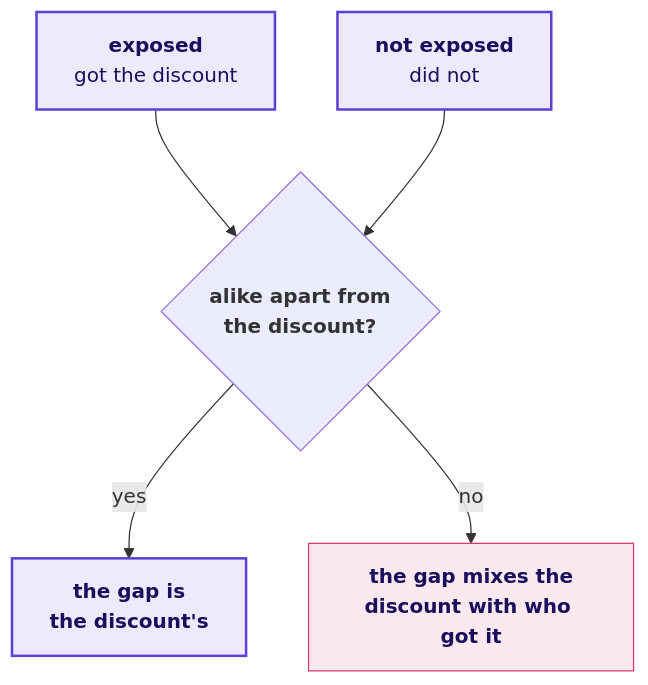
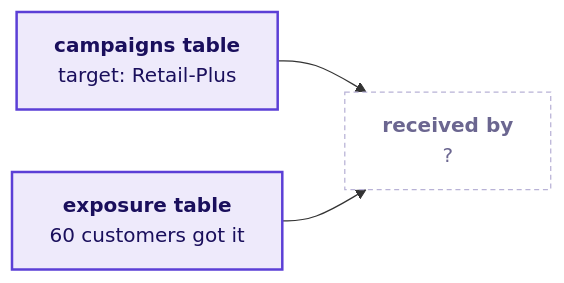
One commit to fde-academy-lab/c2-content-factory changed the second of 15 diagrams in content/W01/D4/slides/C2_W01_D04_half2_STUDENT.md. Above: the diagram before and after it, drawn with Mermaid. The commit also changed other lines of this file and 13 other files, not shown here.

````diff
--- a/content/W01/D4/slides/C2_W01_D04_half2_STUDENT.md
+++ b/content/W01/D4/slides/C2_W01_D04_half2_STUDENT.md
@@ -73,11 +110,9 @@
 ```mermaid
-flowchart TB
-    T["<b>exposed</b><br/>got the discount"] --> F{"<b>alike apart from<br/>the discount?</b>"}
-    U["<b>not exposed</b><br/>did not"] --> F
-    F -->|"yes"| G["<b>the gap is<br/>the discount's</b>"]
-    F -->|"no"| B["<b>the gap mixes the<br/>discount with who got it</b>"]
+flowchart LR
+    T["<b>campaigns table</b><br/>target: Retail-Plus"] --> Q["<b>received by</b><br/>?"]
+    E["<b>exposure table</b><br/>60 customers got it"] --> Q
     classDef known fill:#EEEAFB,stroke:#5B3FD6,color:#1A0F5C,stroke-width:2px
-    classDef bad fill:#FBE9EF,stroke:#D63A6A,color:#1A0F5C
-    class T,U,G known
-    class B bad
+    classDef unknown fill:#FFFFFF,stroke:#B8B2D6,color:#6B6690,stroke-dasharray:4 3
+    class T,E known
+    class Q unknown
 ```
````
